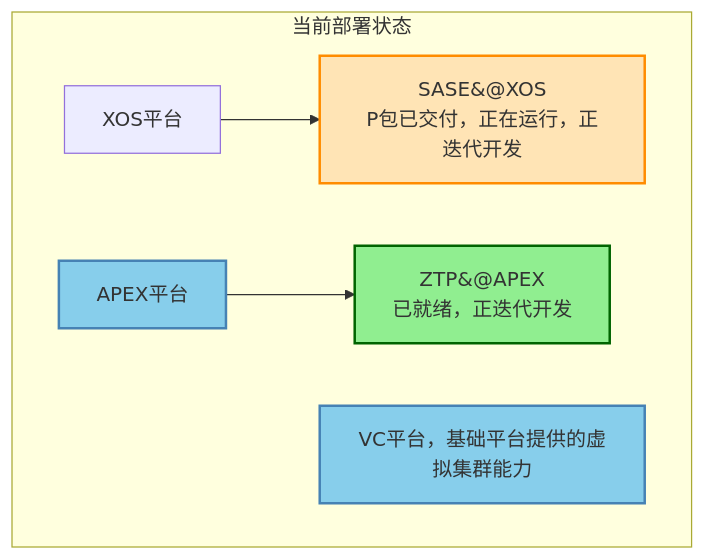
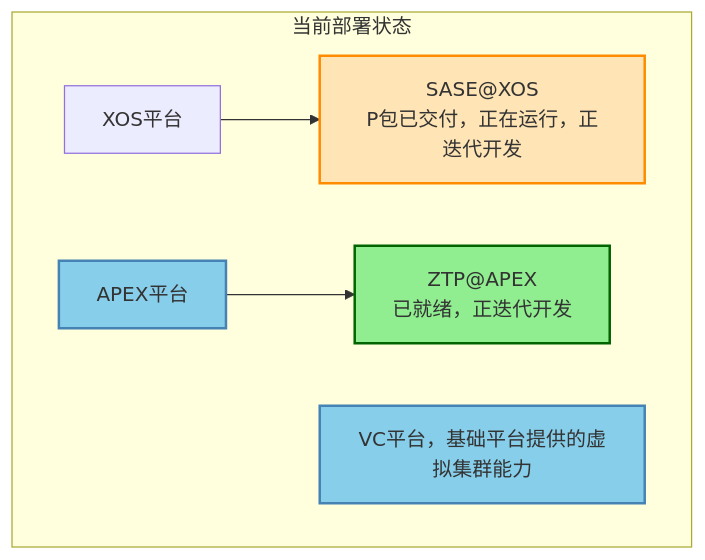
Before and after one commit to turtacn/PersonalAI: the first of 4 diagrams in examples/PA/merge/vc.md, drawn with Mermaid. The commit also changed other lines of this file, not shown here.

````diff
--- a/examples/PA/merge/vc.md
+++ b/examples/PA/merge/vc.md
@@ -9,23 +9,23 @@
 ```mermaid
 graph TB
     %% 图例
     classDef readyPlatform fill:#90EE90,stroke:#006400,stroke-width:2px
     classDef currentPlatform fill:#FFE4B5,stroke:#FF8C00,stroke-width:2px
     classDef targetPlatform fill:#87CEEB,stroke:#4682B4,stroke-width:2px
     
     subgraph CURRENT[当前部署状态]
         XOS[XOS平台]
         APEX[APEX平台]
         VC[VC平台，基础平台提供的虚拟集群能力]
         
-        SASE_XOS[SASE&#64;XOS<br/>P包已交付，正在运行，正迭代开发]
-        ZTP_APEX[ZTP&#64;APEX<br/>已就绪，正迭代开发]
+        SASE_XOS[SASE#64;XOS<br/>P包已交付，正在运行，正迭代开发]
+        ZTP_APEX[ZTP#64;APEX<br/>已就绪，正迭代开发]
         
         XOS --> SASE_XOS
         APEX --> ZTP_APEX
     end
     
     class SASE_XOS currentPlatform
     class ZTP_APEX readyPlatform
     class APEX,VC targetPlatform
 ```
````
